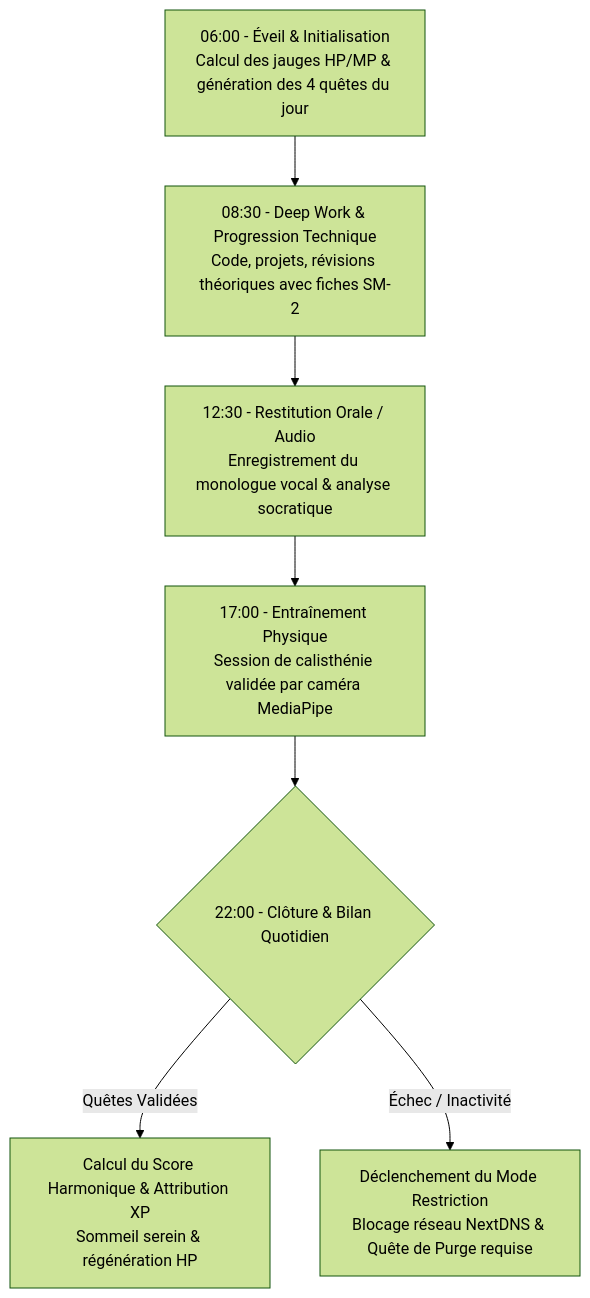
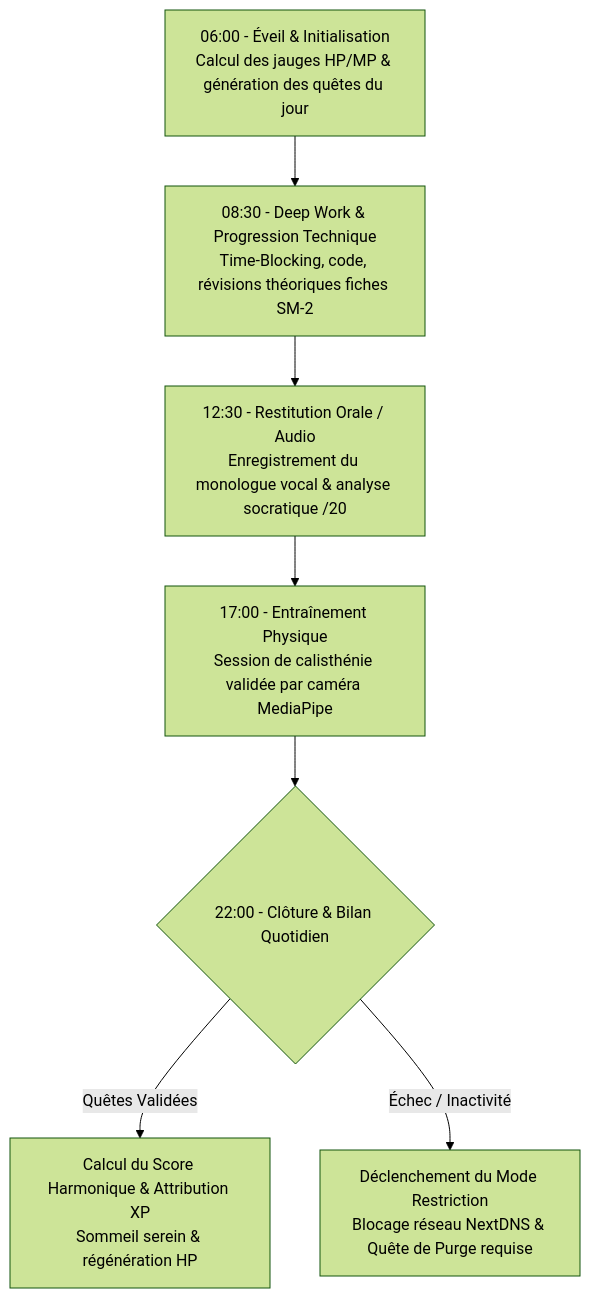
The first of 2 diagrams in docs/03-APP_FLOW.md (GeovanioH/LevelUp), drawn with Mermaid (forest theme) before and after one commit. The commit also changed other lines of this file and 2 other files, not shown here.

````diff
--- a/docs/03-APP_FLOW.md
+++ b/docs/03-APP_FLOW.md
@@ -13,9 +13,9 @@
 ```mermaid
 flowchart TD
-    A["06:00 - Éveil & Initialisation<br/>Calcul des jauges HP/MP & génération des 4 quêtes du jour"] --> B["08:30 - Deep Work & Progression Technique<br/>Code, projets, révisions théoriques avec fiches SM-2"]
-    B --> C["12:30 - Restitution Orale / Audio<br/>Enregistrement du monologue vocal & analyse socratique"]
+    A["06:00 - Éveil & Initialisation<br/>Calcul des jauges HP/MP & génération des quêtes du jour"] --> B["08:30 - Deep Work & Progression Technique<br/>Time-Blocking, code, révisions théoriques fiches SM-2"]
+    B --> C["12:30 - Restitution Orale / Audio<br/>Enregistrement du monologue vocal & analyse socratique /20"]
     C --> D["17:00 - Entraînement Physique<br/>Session de calisthénie validée par caméra MediaPipe"]
     D --> E{"22:00 - Clôture & Bilan Quotidien"}
     E -->|Quêtes Validées| F["Calcul du Score Harmonique & Attribution XP<br/>Sommeil serein & régénération HP"]
     E -->|Échec / Inactivité| G["Déclenchement du Mode Restriction<br/>Blocage réseau NextDNS & Quête de Purge requise"]
 ```
````
